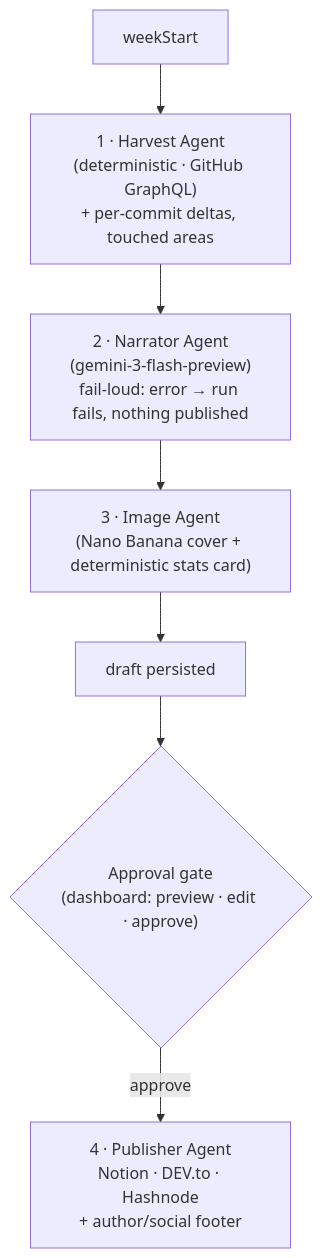
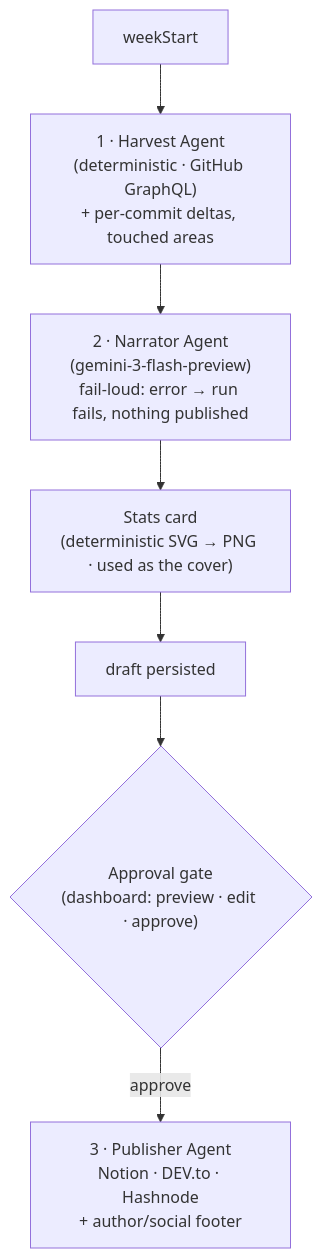
The diagram in README.md (yashksaini-coder/DevNotion), drawn with Mermaid before and after one commit. The commit also changed other lines of this file and 12 other files, not shown here.

````diff
--- a/README.md
+++ b/README.md
@@ -25,9 +25,9 @@
 ```mermaid
 flowchart TD
     A["weekStart"] --> H["1 · Harvest Agent<br/>(deterministic · GitHub GraphQL)<br/>+ per-commit deltas, touched areas"]
     H --> N["2 · Narrator Agent<br/>(gemini-3-flash-preview)<br/>fail-loud: error → run fails, nothing published"]
-    N --> I["3 · Image Agent<br/>(Nano Banana cover + deterministic stats card)"]
+    N --> I["Stats card<br/>(deterministic SVG → PNG · used as the cover)"]
     I --> P["draft persisted"]
     P --> G{"Approval gate<br/>(dashboard: preview · edit · approve)"}
-    G -->|approve| PUB["4 · Publisher Agent<br/>Notion · DEV.to · Hashnode<br/>+ author/social footer"]
+    G -->|approve| PUB["3 · Publisher Agent<br/>Notion · DEV.to · Hashnode<br/>+ author/social footer"]
 ```
````
